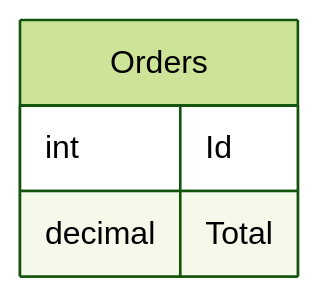
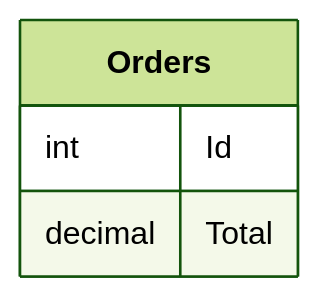
Before and after one commit to SimonCropp/DbToMermaid: the diagram in src/SqlServerToMermaidTool.Tests/IntegrationTests.RawSql_ToMarkdown.verified.md, drawn with Mermaid (forest theme). The commit also changed 13 other files, not shown here.

````diff
--- a/src/SqlServerToMermaidTool.Tests/IntegrationTests.RawSql_ToMarkdown.verified.md
+++ b/src/SqlServerToMermaidTool.Tests/IntegrationTests.RawSql_ToMarkdown.verified.md
@@ -1,7 +1,7 @@
 ```mermaid
 erDiagram
-  Orders {
+  Orders["**Orders**"] {
     int Id
     decimal Total
   }
 ```
````
